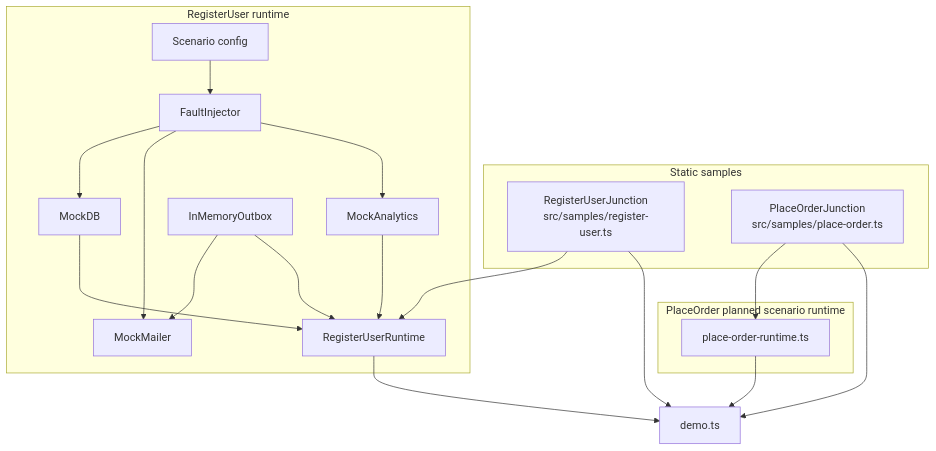
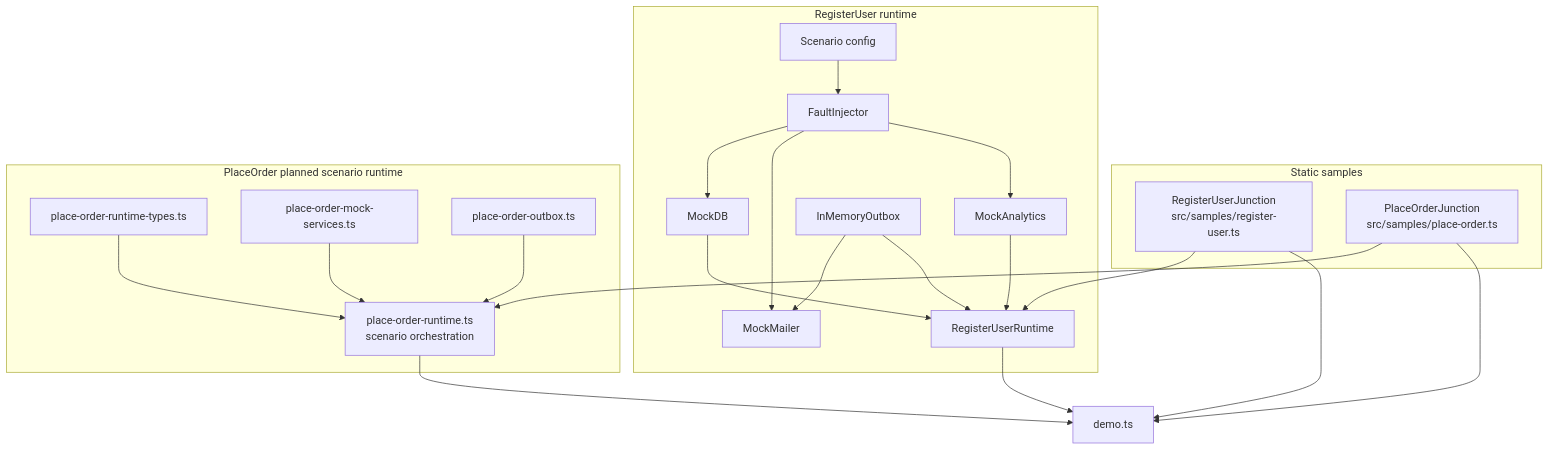
Before and after one commit to hayashikentaro/effect-junction: the third of 9 diagrams in docs/11-implementation-map.md, drawn with Mermaid. The commit also changed other lines of this file and 5 other files, not shown here.

Commit message:
Split PlaceOrder runtime files

````diff
--- a/docs/11-implementation-map.md
+++ b/docs/11-implementation-map.md
@@ -101,38 +104,44 @@
 ```mermaid
 flowchart TB
   subgraph StaticSamples["Static samples"]
     RegisterUserStatic[RegisterUserJunction<br/>src/samples/register-user.ts]
     PlaceOrderStatic[PlaceOrderJunction<br/>src/samples/place-order.ts]
   end
 
   subgraph RegisterRuntime["RegisterUser runtime"]
     ScenarioConfig[Scenario config]
     FaultInjector[FaultInjector]
     MockDB[MockDB]
     MockMailer[MockMailer]
     MockAnalytics[MockAnalytics]
     Outbox[InMemoryOutbox]
     RegisterRuntimeNode[RegisterUserRuntime]
   end
 
   subgraph PlaceRuntime["PlaceOrder planned scenario runtime"]
-    PlaceOrderRuntime[place-order-runtime.ts]
+    PlaceOrderRuntime[place-order-runtime.ts<br/>scenario orchestration]
+    PlaceOrderRuntimeTypes[place-order-runtime-types.ts]
+    PlaceOrderMockServices[place-order-mock-services.ts]
+    PlaceOrderOutbox[place-order-outbox.ts]
   end
 
   Demo[demo.ts]
 
   RegisterUserStatic --> RegisterRuntimeNode
   ScenarioConfig --> FaultInjector
   FaultInjector --> MockDB
   FaultInjector --> MockMailer
   FaultInjector --> MockAnalytics
   Outbox --> MockMailer
   MockDB --> RegisterRuntimeNode
   MockAnalytics --> RegisterRuntimeNode
   Outbox --> RegisterRuntimeNode
   RegisterRuntimeNode --> Demo
   PlaceOrderStatic --> PlaceOrderRuntime
+  PlaceOrderRuntimeTypes --> PlaceOrderRuntime
+  PlaceOrderMockServices --> PlaceOrderRuntime
+  PlaceOrderOutbox --> PlaceOrderRuntime
   PlaceOrderRuntime --> Demo
   RegisterUserStatic --> Demo
   PlaceOrderStatic --> Demo
 ```
````
